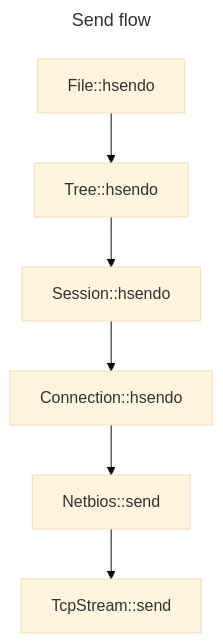
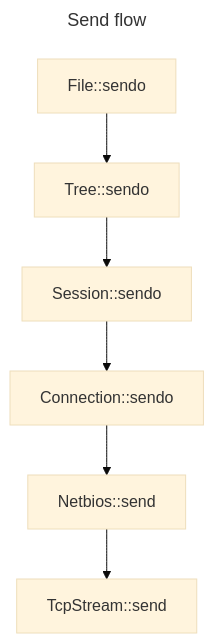
One commit to christian-belloni/smb-rs changed the first of 2 diagrams in smb/README.md. Above: the diagram before and after it, drawn with Mermaid (base theme). The commit also changed 24 other files, not shown here.

````diff
--- a/smb/README.md
+++ b/smb/README.md
@@ -3,11 +3,11 @@
 ```mermaid
 ---
 title: Send flow
 ---
 flowchart TD
-A[File::hsendo] --> B[Tree::hsendo]
-B --> C[Session::hsendo]
-C --> D[Connection::hsendo]
+A[File::sendo] --> B[Tree::sendo]
+B --> C[Session::sendo]
+C --> D[Connection::sendo]
 D --> E[Netbios::send]
 E --> F[TcpStream::send]
 ```
````
